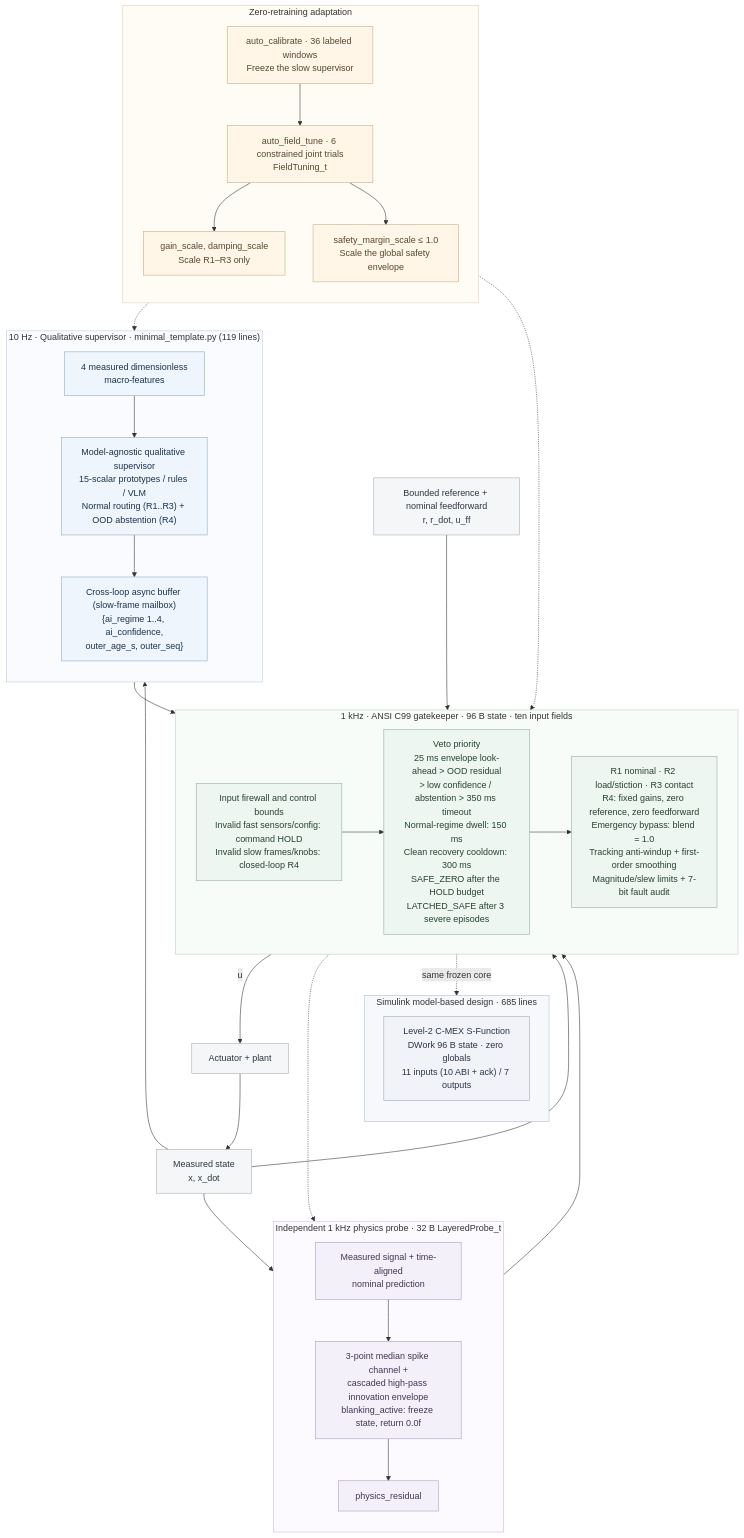
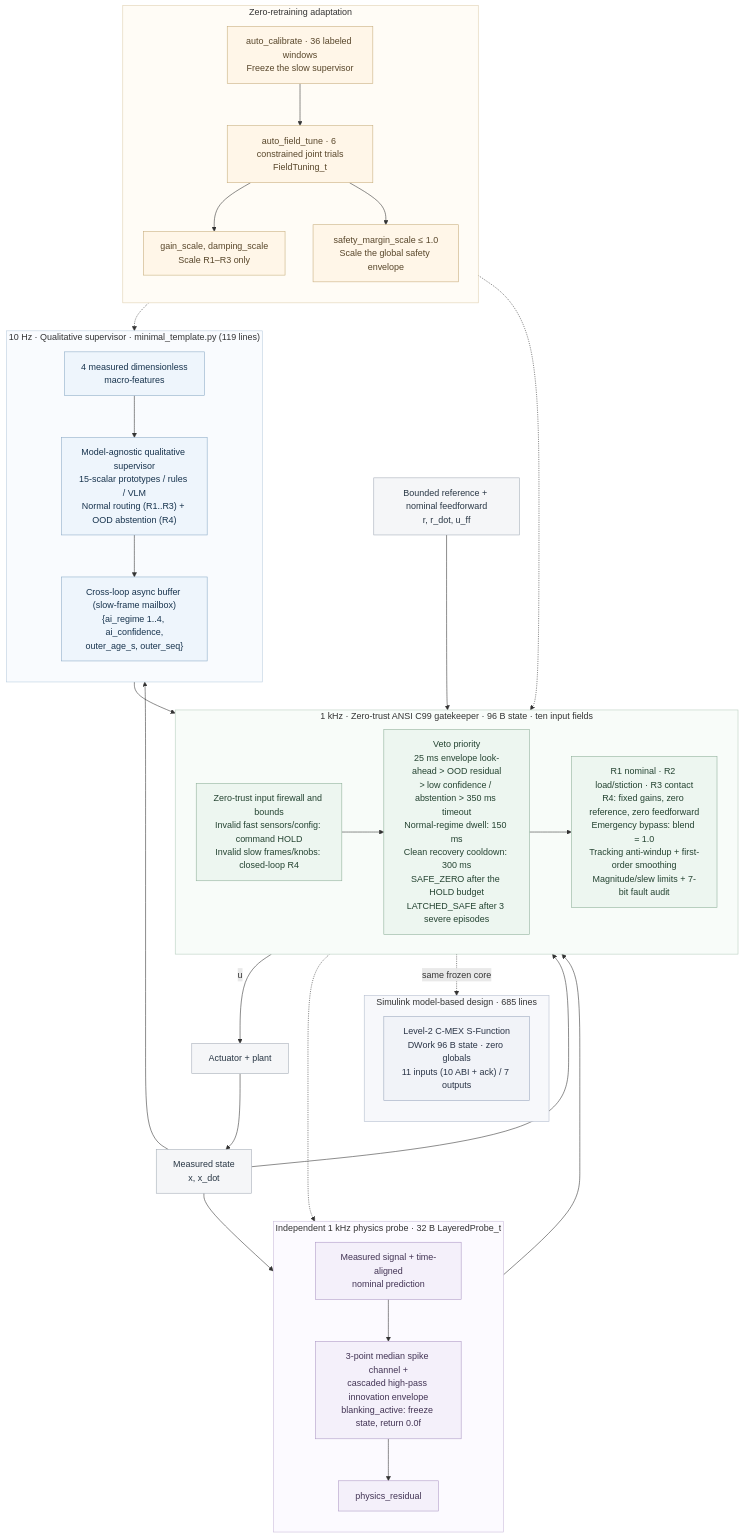
The diagram in README.md (lijiawei255/ai-layered-control), drawn with Mermaid before and after one commit. The commit also changed other lines of this file and 5 other files, not shown here.

Commit message:
Make the zero-trust principle explicit in the core documentation

````diff
--- a/README.md
+++ b/README.md
@@ -84,70 +84,70 @@
 ```mermaid
 flowchart TB
     subgraph slow["10 Hz · Qualitative supervisor · minimal_template.py (119 lines)"]
         direction TB
         features["4 measured dimensionless<br/>macro-features"]
         supervisor["Model-agnostic qualitative supervisor<br/>15-scalar prototypes / rules / VLM<br/>Normal routing (R1..R3) + OOD abstention (R4)"]
         mailbox["Cross-loop async buffer (slow-frame mailbox)<br/>{ai_regime 1..4, ai_confidence,<br/>outer_age_s, outer_seq}"]
         features --> supervisor --> mailbox
     end
     subgraph probe["Independent 1 kHz physics probe · 32 B LayeredProbe_t"]
         direction TB
         innovation["Measured signal + time-aligned<br/>nominal prediction"]
         channels["3-point median spike channel +<br/>cascaded high-pass innovation envelope<br/>blanking_active: freeze state, return 0.0f"]
         residual["physics_residual"]
         innovation --> channels --> residual
     end
-    subgraph fast["1 kHz · ANSI C99 gatekeeper · 96 B state · ten input fields"]
+    subgraph fast["1 kHz · Zero-trust ANSI C99 gatekeeper · 96 B state · ten input fields"]
         direction LR
-        firewall["Input firewall and control bounds<br/>Invalid fast sensors/config: command HOLD<br/>Invalid slow frames/knobs: closed-loop R4"]
+        firewall["Zero-trust input firewall and bounds<br/>Invalid fast sensors/config: command HOLD<br/>Invalid slow frames/knobs: closed-loop R4"]
         gates["Veto priority<br/>25 ms envelope look-ahead > OOD residual<br/>> low confidence / abstention > 350 ms timeout<br/>Normal-regime dwell: 150 ms<br/>Clean recovery cooldown: 300 ms<br/>SAFE_ZERO after the HOLD budget<br/>LATCHED_SAFE after 3 severe episodes"]
         bank["R1 nominal · R2 load/stiction · R3 contact<br/>R4: fixed gains, zero reference, zero feedforward<br/>Emergency bypass: blend = 1.0<br/>Tracking anti-windup + first-order smoothing<br/>Magnitude/slew limits + 7-bit fault audit"]
         firewall --> gates --> bank
     end
     subgraph mbd["Simulink model-based design · 685 lines"]
         direction TB
         sfun["Level-2 C-MEX S-Function<br/>DWork 96 B state · zero globals<br/>11 inputs (10 ABI + ack) / 7 outputs"]
     end
     subgraph adapt["Zero-retraining adaptation"]
         direction TB
         calibrate["auto_calibrate · 36 labeled windows<br/>Freeze the slow supervisor"]
         tune["auto_field_tune · 6 constrained joint trials<br/>FieldTuning_t"]
         gains["gain_scale, damping_scale<br/>Scale R1–R3 only"]
         margin["safety_margin_scale ≤ 1.0<br/>Scale the global safety envelope"]
         calibrate --> tune
         tune --> gains
         tune --> margin
     end
     reference["Bounded reference + nominal feedforward<br/>r, r_dot, u_ff"]
     plant["Actuator + plant"]
     sensor["Measured state<br/>x, x_dot"]
     reference --> fast
     slow --> fast
     probe --> fast
     fast -->|"u"| plant
     plant --> sensor
     sensor --> fast
     sensor --> slow
     sensor --> probe
     fast -.-> probe
     fast -.->|"same frozen core"| sfun
     adapt -.-> slow
     adapt -.-> fast
     classDef slowNode fill:#eef5fc,stroke:#8baac7,color:#17334d;
     classDef probeNode fill:#f4f0fa,stroke:#ad98c5,color:#423354;
     classDef coreNode fill:#edf6f0,stroke:#8eaf99,color:#244331;
     classDef adaptNode fill:#fff6e8,stroke:#c7ad7d,color:#58462a;
     classDef ioNode fill:#f5f6f8,stroke:#a4acb7,color:#283644;
     classDef mbdNode fill:#f1f3f8,stroke:#9aa7bd,color:#2a3446;
     class features,supervisor,mailbox slowNode;
     class innovation,channels,residual probeNode;
     class firewall,gates,bank coreNode;
     class calibrate,tune,gains,margin adaptNode;
     class reference,plant,sensor ioNode;
     class sfun mbdNode;
     style slow fill:#f9fbfe,stroke:#b8cbde
     style probe fill:#fcfaff,stroke:#c9bbda
     style fast fill:#f8fcf9,stroke:#b6cdbd
     style mbd fill:#f7f8fb,stroke:#b3bccd
     style adapt fill:#fffcf6,stroke:#dfcfaf
 ```
````
